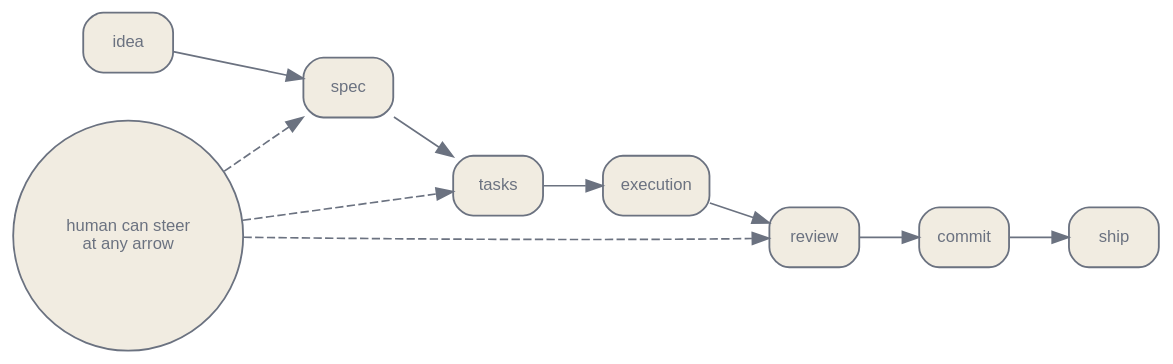
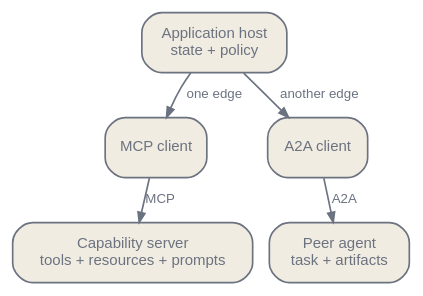
One commit to latere-ai/ai-as-an-infrastructure changed the second of 3 diagrams in en/ecosystem/03-tooling-ecosystem.qmd. Above: the diagram before and after it, drawn with Graphviz. The commit also changed other lines of this file and 3 other files, not shown here.

````diff
--- a/en/ecosystem/03-tooling-ecosystem.qmd
+++ b/en/ecosystem/03-tooling-ecosystem.qmd
@@ -198,30 +229,24 @@
 ```{dot}
-//| label: fig-tooling-orchestration-pipeline
-//| fig-cap: "Orchestration as an explicit artifact. The plan sits between request and code, and every arrow is a point where a person can pause and steer."
-digraph {
+//| label: fig-tooling-protocols
+//| fig-cap: "MCP and A2A connect different roles. An application host uses an MCP client to reach a capability server, while an A2A client delegates a task to an independently operated peer agent. Discovery and message exchange do not supply trust or authorization."
+digraph tooling_protocols {
   bgcolor="transparent";
-  rankdir=LR;
-  nodesep=0.4; ranksep=0.5;
-  node [shape=box, style="rounded,filled", fontname="Helvetica", fontsize=10, color="#6b7280", fontcolor="#6b7280", fillcolor="#f1ece1", penwidth=1.1];
-  edge [fontsize=10, fontname="Helvetica", color="#6b7280", fontcolor="#6b7280"];
-
-  idea [label="idea"];
-  spec [label="spec"];
-  tasks [label="tasks"];
-  exec [label="execution"];
-  review [label="review"];
-  commit [label="commit"];
-  ship [label="ship"];
-  human [label="human can steer\nat any arrow", shape=circle];
-
-  idea -> spec;
-  spec -> tasks;
-  tasks -> exec;
-  exec -> review;
-  review -> commit;
-  commit -> ship;
-  human -> spec [style=dashed];
-  human -> tasks [style=dashed];
-  human -> review [style=dashed];
+  rankdir=TB;
+  nodesep=0.14;
+  ranksep=0.25;
+  node [shape=box, style="rounded,filled", fontname="Helvetica", fontsize=9,
+        color="#6b7280", fontcolor="#6b7280", fillcolor="#f1ece1",
+        margin="0.10,0.07"];
+  edge [color="#6b7280", fontcolor="#6b7280", fontname="Helvetica",
+        fontsize=8, arrowsize=0.6];
+  H [label="Application host\nstate + policy"];
+  M [label="MCP client"];
+  S [label="Capability server\ntools + resources + prompts"];
+  A [label="A2A client"];
+  P [label="Peer agent\ntask + artifacts"];
+  H -> M [label="one edge"];
+  M -> S [label="MCP"];
+  H -> A [label="another edge"];
+  A -> P [label="A2A"];
 }
 ```
````
